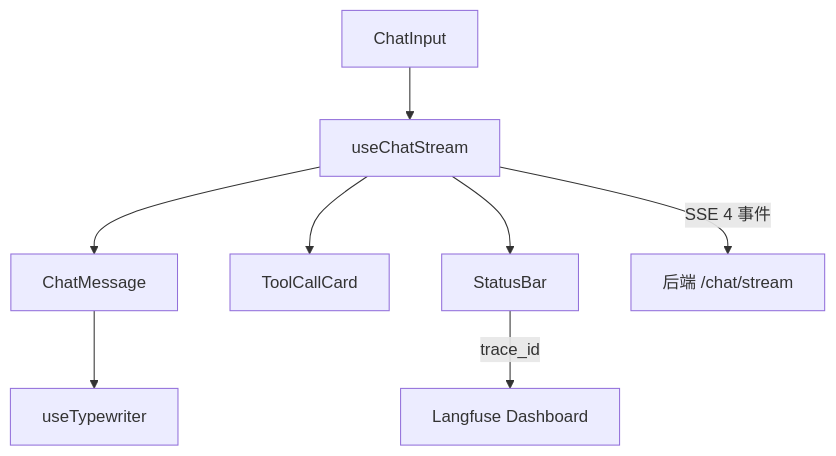
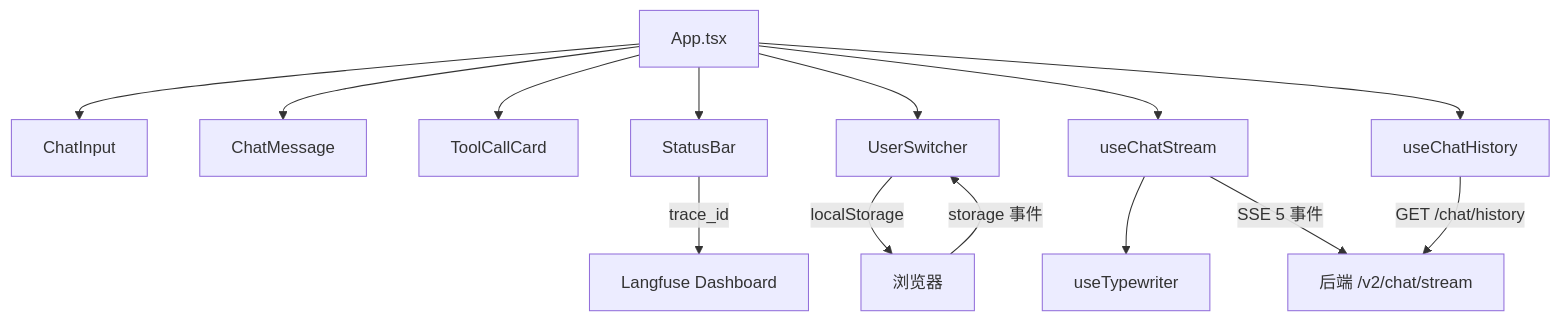
Before and after one commit to sec-8/secops-copilot-web: the second of 2 diagrams in README.md, drawn with Mermaid. The commit also changed other lines of this file and 11 other files, not shown here.

````diff
--- a/README.md
+++ b/README.md
@@ -56,10 +81,16 @@
 ```mermaid
 graph TB
-    A[ChatInput] --> B[useChatStream]
-    B --> C[ChatMessage]
-    B --> D[ToolCallCard]
-    B --> E[StatusBar]
-    C --> F[useTypewriter]
-    B -->|SSE 4 事件| G[后端 /chat/stream]
-    E -->|trace_id| H[Langfuse Dashboard]
+    A[App.tsx] --> B[ChatInput]
+    A --> C[ChatMessage]
+    A --> D[ToolCallCard]
+    A --> E[StatusBar]
+    A --> F[UserSwitcher]
+    A --> G[useChatStream]
+    A --> H[useChatHistory]
+    G --> I[useTypewriter]
+    G -->|SSE 5 事件| J[后端 /v2/chat/stream]
+    H -->|GET /chat/history| J
+    E -->|trace_id| K[Langfuse Dashboard]
+    F -->|localStorage| L[浏览器]
+    L -->|storage 事件| F
 ```
````
